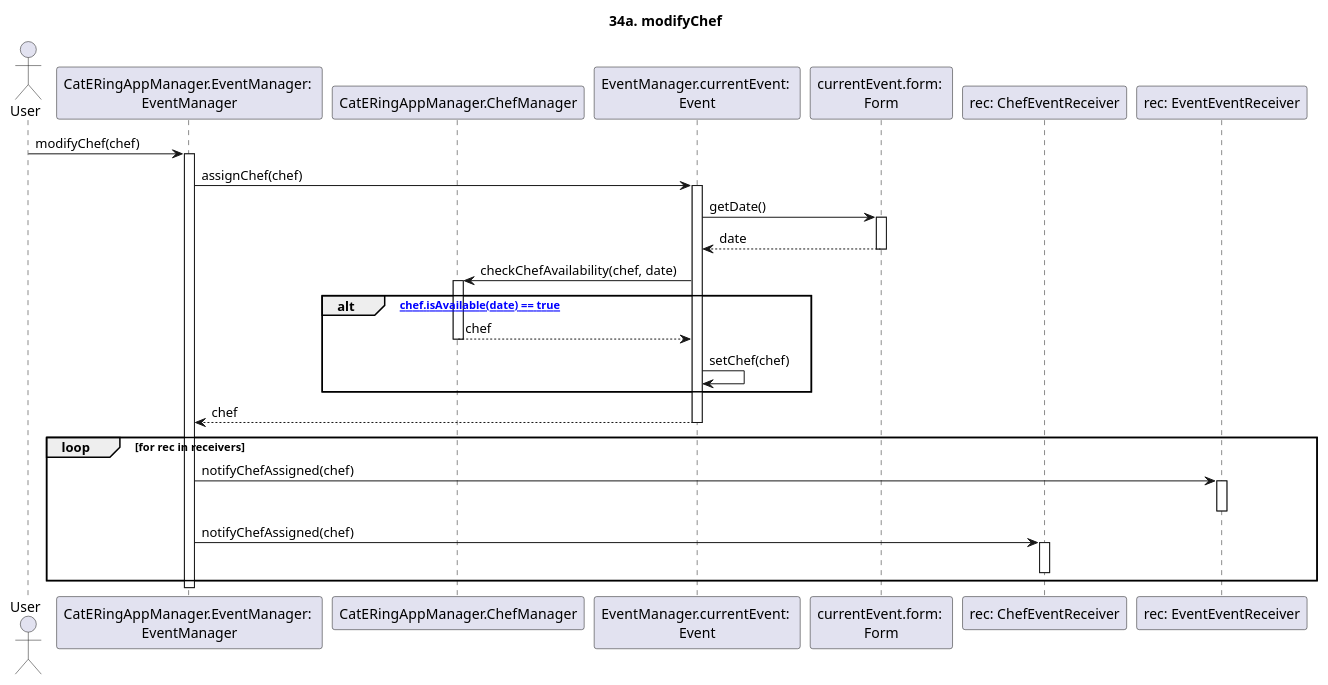
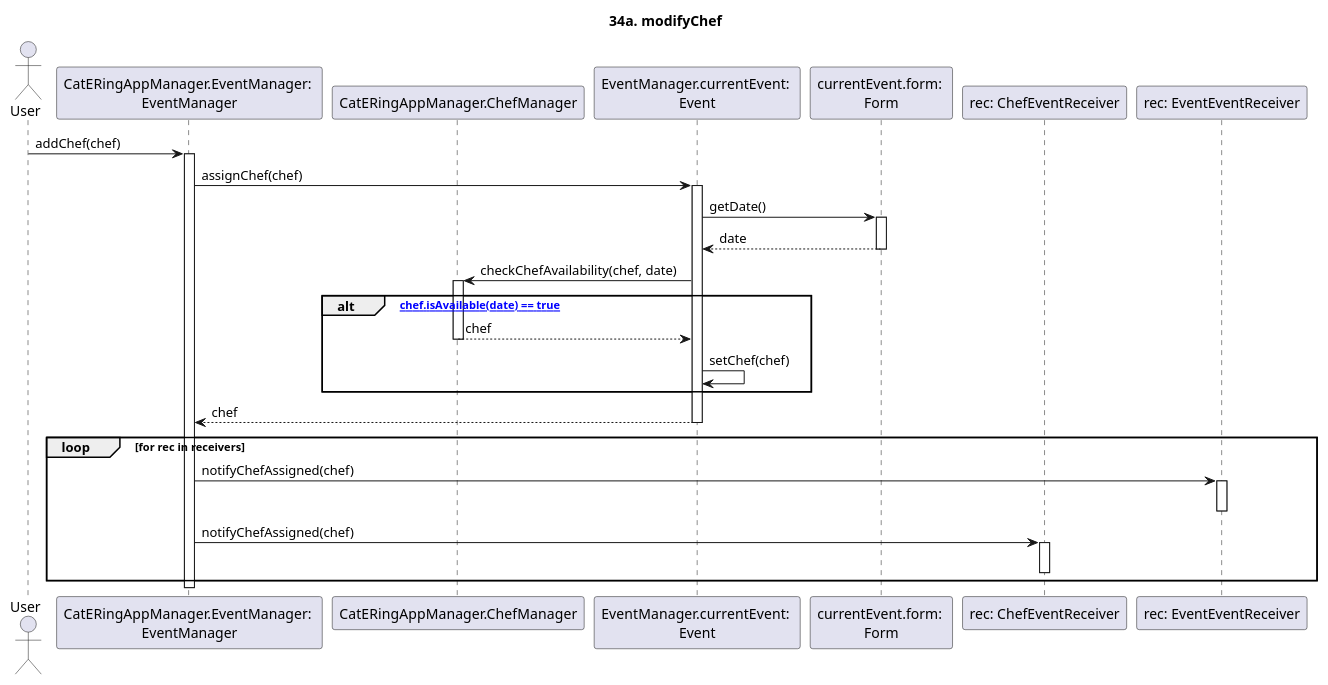
The diagram in dsd/dsd-eventi/estensioniEcc/34a-modifyChef.md (m0canu1/sas), drawn with PlantUML before and after one commit. The commit also changed 7 other files, not shown here.

````diff
--- a/dsd/dsd-eventi/estensioniEcc/34a-modifyChef.md
+++ b/dsd/dsd-eventi/estensioniEcc/34a-modifyChef.md
@@ -1,39 +1,39 @@
 ```plantuml
 
 title: 34a. modifyChef
 
 Actor User
 Participant "CatERingAppManager.EventManager: \nEventManager" as EM
 Participant "CatERingAppManager.ChefManager" as SM
 Participant "EventManager.currentEvent: \nEvent" as CE
 Participant "currentEvent.form: \nForm" as F
 Participant "rec: ChefEventReceiver" as CER
 Participant "rec: EventEventReceiver" as EER
 
-User -> EM: modifyChef(chef)
+User -> EM: addChef(chef)
 Activate EM
 EM -> CE: assignChef(chef)
 Activate CE
     CE -> F: getDate()
     Activate F
     F --> CE: date
     Deactivate F
     CE -> SM: checkChefAvailability(chef, date)
 alt ["chef.isAvailable(date) == true"]
     Activate SM
     SM --> CE: chef
     Deactivate SM
     CE -> CE: setChef(chef)
 end
 CE --> EM: chef
 Deactivate CE
 loop for rec in receivers
   EM -> EER: notifyChefAssigned(chef)
   Activate EER
   Deactivate EER
   EM -> CER: notifyChefAssigned(chef)
   Activate CER
   Deactivate CER
 end
 Deactivate EM
 ```
````
